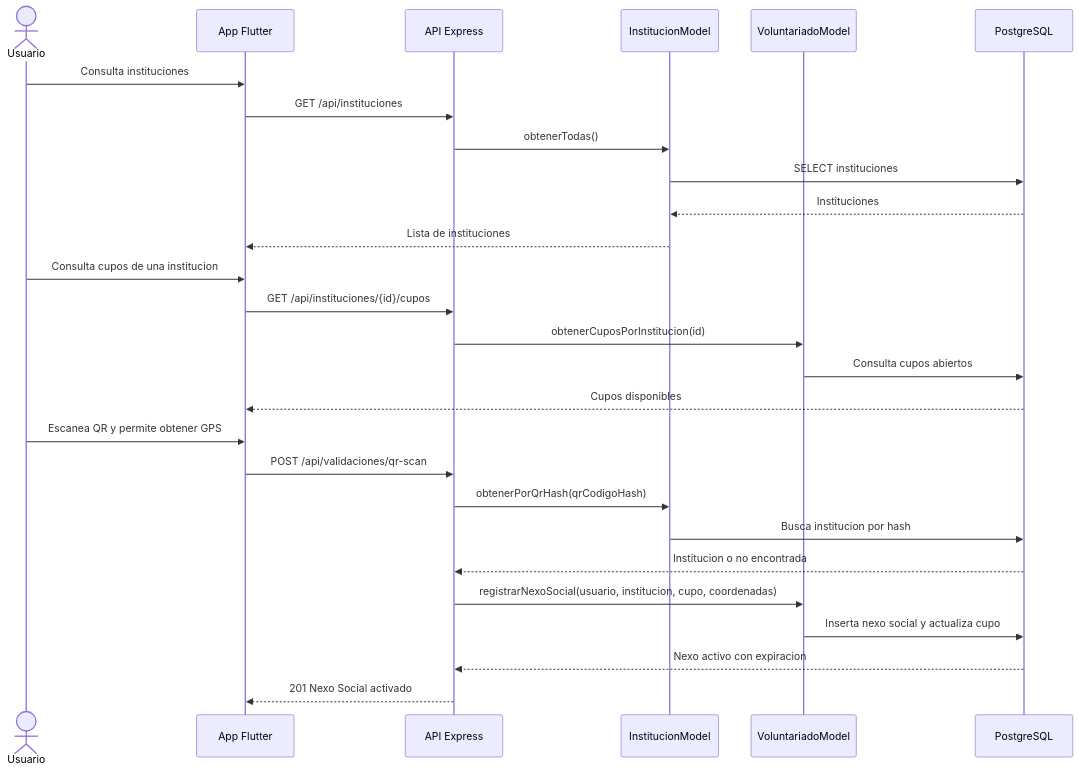
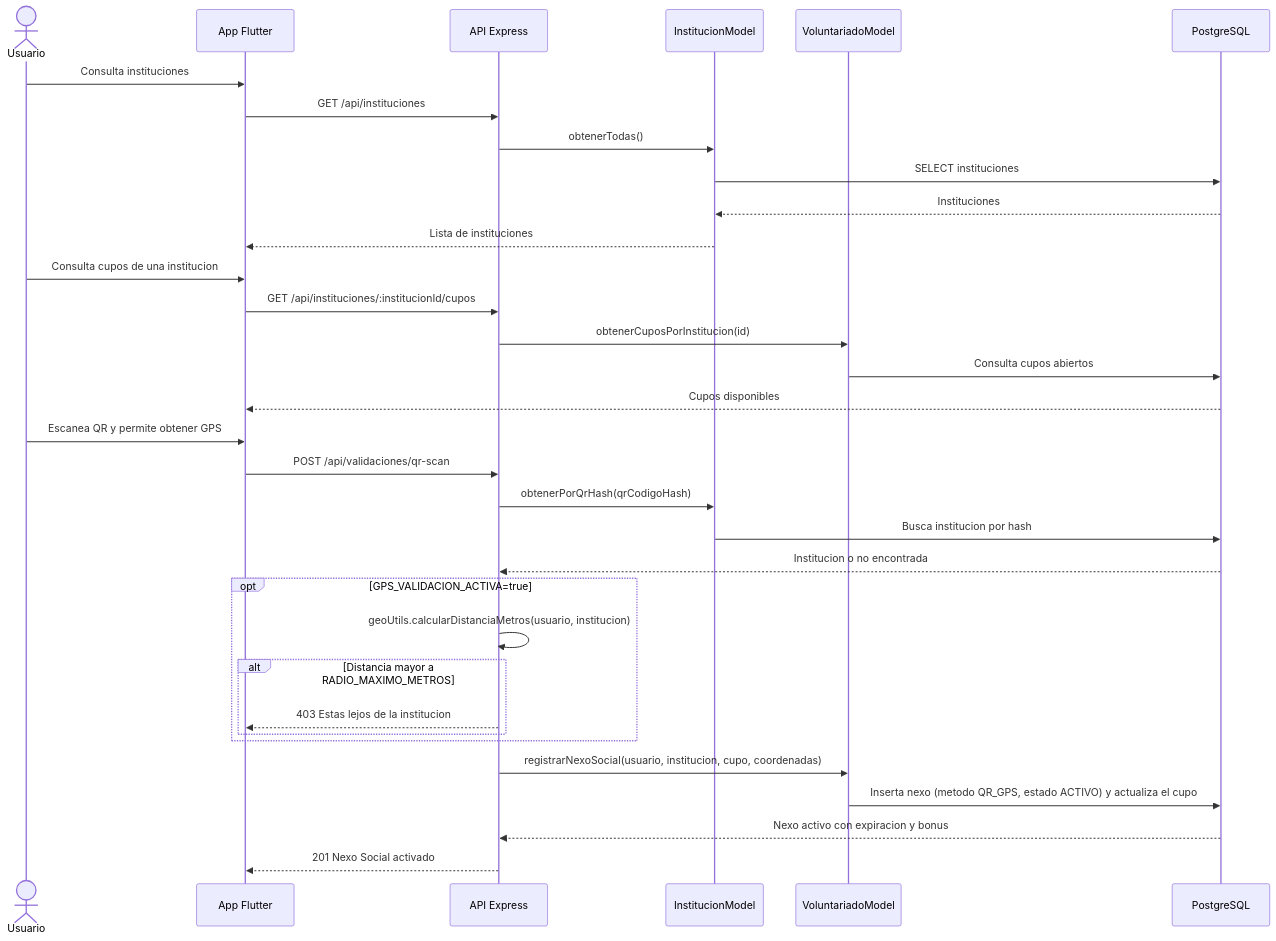
The seventh of 11 diagrams in diagramas_mermaid_srs.md (GVal24/switch), drawn with Mermaid before and after one commit. The commit also changed other lines of this file and 15 other files, not shown here.

````diff
--- a/diagramas_mermaid_srs.md
+++ b/diagramas_mermaid_srs.md
@@ -229,32 +304,40 @@
 ```mermaid
 sequenceDiagram
     actor U as Usuario
     participant F as App Flutter
     participant A as API Express
     participant I as InstitucionModel
     participant V as VoluntariadoModel
     participant DB as PostgreSQL
 
     U->>F: Consulta instituciones
     F->>A: GET /api/instituciones
     A->>I: obtenerTodas()
     I->>DB: SELECT instituciones
     DB-->>I: Instituciones
     I-->>F: Lista de instituciones
 
     U->>F: Consulta cupos de una institucion
-    F->>A: GET /api/instituciones/{id}/cupos
+    F->>A: GET /api/instituciones/:institucionId/cupos
     A->>V: obtenerCuposPorInstitucion(id)
     V->>DB: Consulta cupos abiertos
     DB-->>F: Cupos disponibles
 
     U->>F: Escanea QR y permite obtener GPS
     F->>A: POST /api/validaciones/qr-scan
     A->>I: obtenerPorQrHash(qrCodigoHash)
     I->>DB: Busca institucion por hash
     DB-->>A: Institucion o no encontrada
+
+    opt GPS_VALIDACION_ACTIVA=true
+        A->>A: geoUtils.calcularDistanciaMetros(usuario, institucion)
+        alt Distancia mayor a RADIO_MAXIMO_METROS
+            A-->>F: 403 Estas lejos de la institucion
+        end
+    end
+
     A->>V: registrarNexoSocial(usuario, institucion, cupo, coordenadas)
-    V->>DB: Inserta nexo social y actualiza cupo
-    DB-->>A: Nexo activo con expiracion
+    V->>DB: Inserta nexo (metodo QR_GPS, estado ACTIVO) y actualiza el cupo
+    DB-->>A: Nexo activo con expiracion y bonus
     A-->>F: 201 Nexo Social activado
 ```
````
